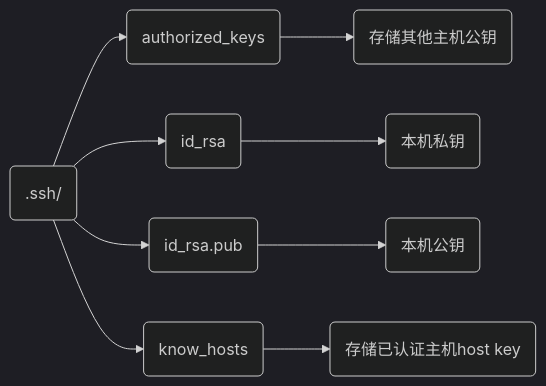
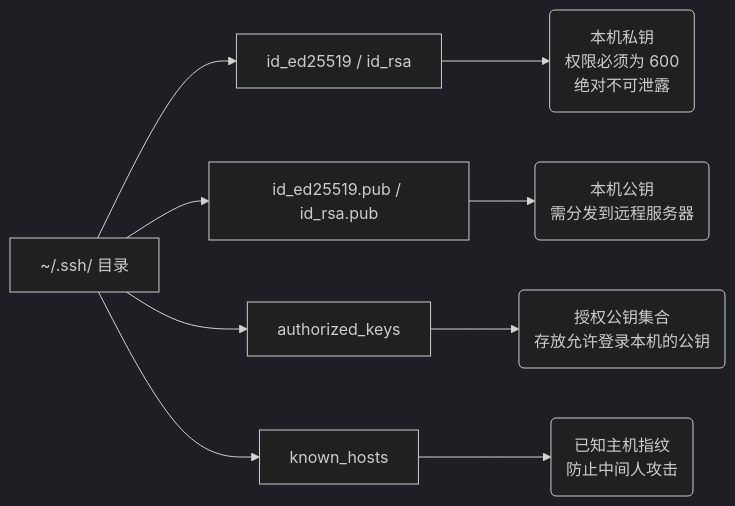
Before and after one commit to dmjcb/dmjcb.github.io: the second of 2 diagrams in _posts/operating_system/linux/system/2021-03-14-linux ssh.md, drawn with Mermaid (dark theme). The commit also changed other lines of this file and 10 other files, not shown here.

````diff
--- a/_posts/operating_system/linux/system/2021-03-14-linux ssh.md
+++ b/_posts/operating_system/linux/system/2021-03-14-linux ssh.md
@@ -102,8 +113,8 @@
 ```mermaid
 graph LR;
-    S(.ssh/)
-    S-->A(authorized_keys)-->A1(存储其他主机公钥)
-    S-->B(id_rsa)-->B1(本机私钥)
-    S-->C(id_rsa.pub)-->C1(本机公钥)
-    S-->D(know_hosts)-->D1(存储已认证主机host key)
+    S["~/.ssh/ 目录"]
+    S-->A["id_ed25519 / id_rsa"]-->A1("本机私钥<br>权限必须为 600<br>绝对不可泄露")
+    S-->B["id_ed25519.pub / id_rsa.pub"]-->B1("本机公钥<br>需分发到远程服务器")
+    S-->C["authorized_keys"]-->C1("授权公钥集合<br>存放允许登录本机的公钥")
+    S-->D["known_hosts"]-->D1("已知主机指纹<br>防止中间人攻击")
 ```
````
